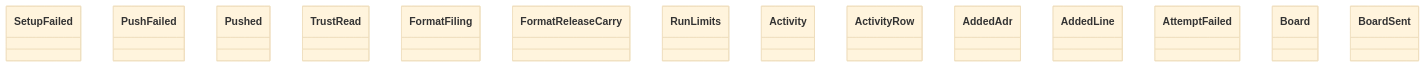
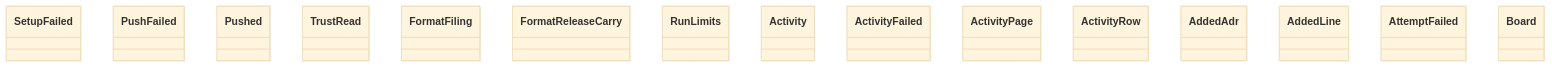
The diagram in docs/architecture/generated/classes-process-application-support-1.md (GonzaloZevallos/agentic-system), drawn with Mermaid (base theme) before and after one commit. The commit also changed 18 other files, not shown here.

First line of the commit message:
Add the GhActivity read adapter and the ActivityPage/ActivityFailed port types

````diff
--- a/docs/architecture/generated/classes-process-application-support-1.md
+++ b/docs/architecture/generated/classes-process-application-support-1.md
@@ -21,17 +21,18 @@
 ```mermaid
 classDiagram
     class checkouts__SetupFailed["SetupFailed"]
     class ci_push__PushFailed["PushFailed"]
     class ci_push__Pushed["Pushed"]
     class ci_trust__TrustRead["TrustRead"]
     class format_issue__FormatFiling["FormatFiling"]
     class format_release__FormatReleaseCarry["FormatReleaseCarry"]
     class limits__RunLimits["RunLimits"]
     class ports__Activity["Activity"]
+    class ports__ActivityFailed["ActivityFailed"]
+    class ports__ActivityPage["ActivityPage"]
     class ports__ActivityRow["ActivityRow"]
     class ports__AddedAdr["AddedAdr"]
     class ports__AddedLine["AddedLine"]
     class ports__AttemptFailed["AttemptFailed"]
     class ports__Board["Board"]
-    class ports__BoardSent["BoardSent"]
 ```
````
